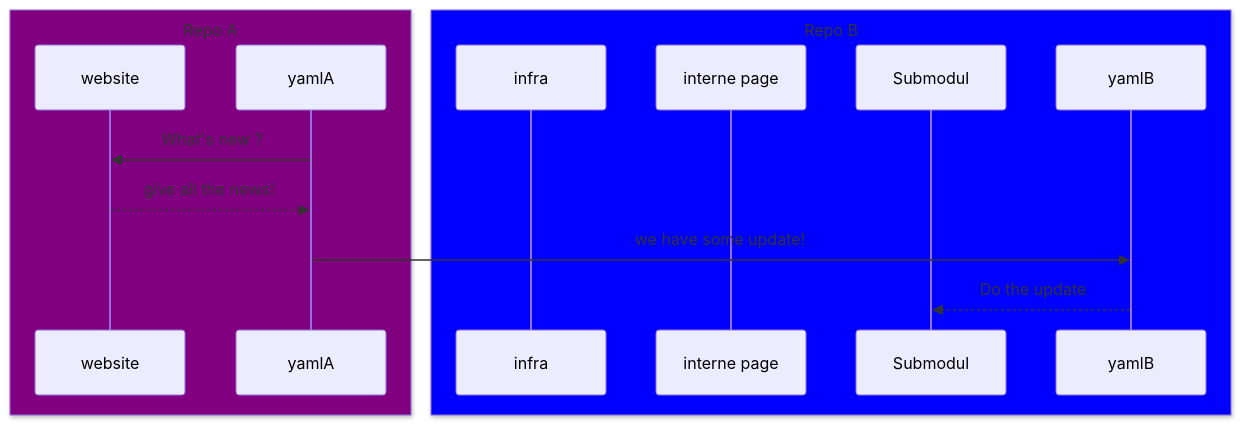
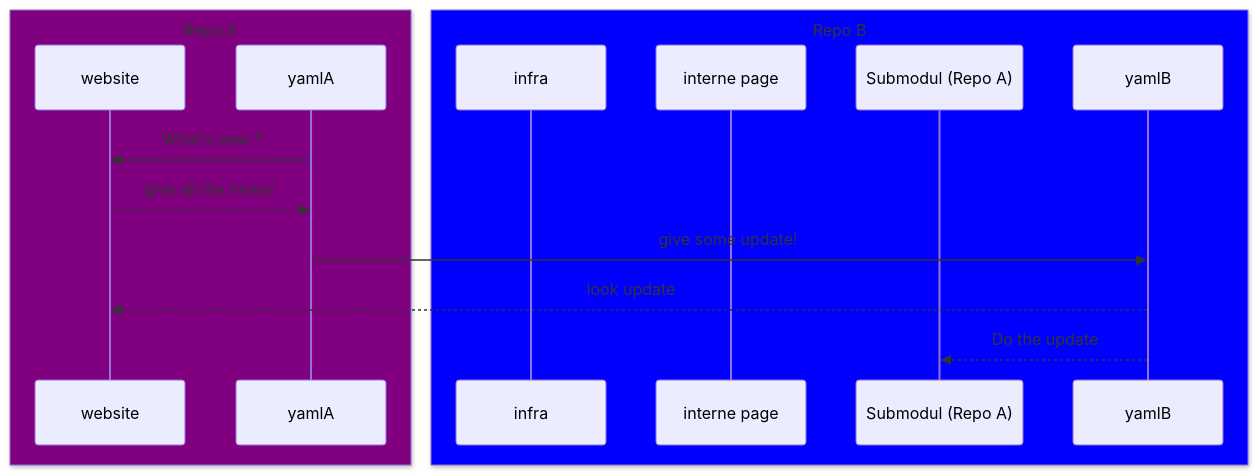
Before and after one commit to TheotimChevalier/Repo-B: the diagram in README.md, drawn with Mermaid.

````diff
--- a/README.md
+++ b/README.md
@@ -3,18 +3,19 @@
 ```mermaid
 
     sequenceDiagram
     box Purple Repo A
     participant website
     participant yamlA
     end
     box blue Repo B
     participant infra
     participant interne page 
-    participant Submodul
+    participant Submodul (Repo A)
     participant yamlB
     end
     yamlA->>website: What's new ?
     website-->>yamlA: give all the news!
-    yamlA->>yamlB: we have some update!
-    yamlB-->>Submodul: Do the update
+    yamlA->>yamlB: give some update!
+    yamlB-->> website: look update 
+    yamlB-->>Submodul (Repo A): Do the update
 ```
````
